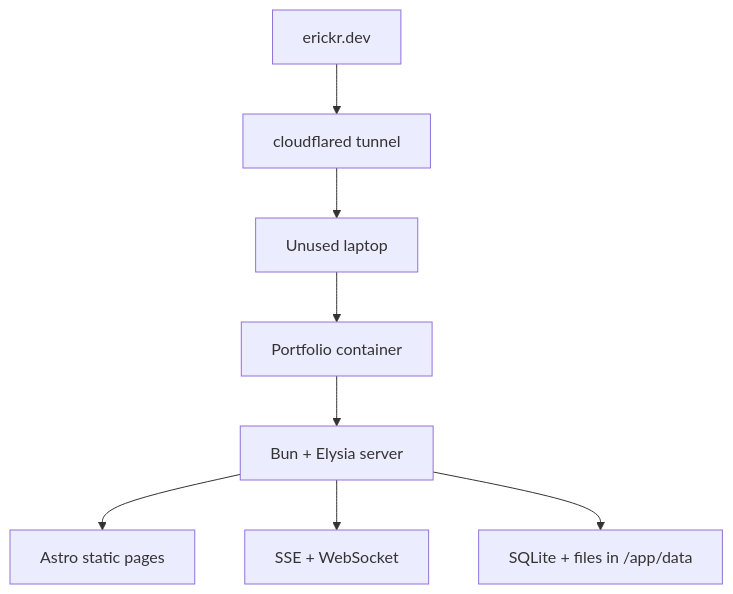
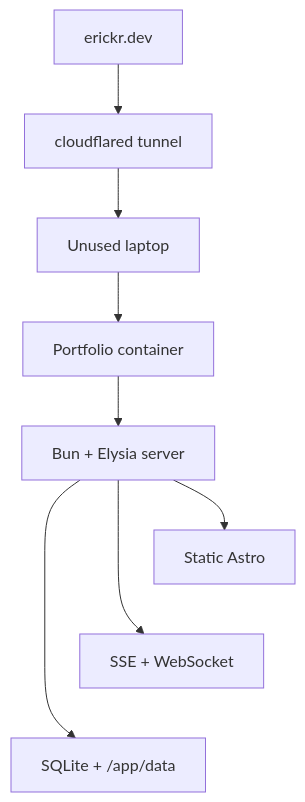
Before and after one commit to ErickCReis/ErickCReis: the first of 2 diagrams in web/content/blog/rewriting-my-portfolio-for-self-hosting.mdx, drawn with Mermaid. The commit also changed other lines of this file and 21 other files, not shown here.

First line of the commit message:
Improve Mermaid diagram readability across blog posts

````diff
--- a/web/content/blog/rewriting-my-portfolio-for-self-hosting.mdx
+++ b/web/content/blog/rewriting-my-portfolio-for-self-hosting.mdx
@@ -35,10 +35,11 @@
 ```mermaid
 flowchart TB
   Domain["erickr.dev"] --> Tunnel["cloudflared tunnel"]
   Tunnel --> Host["Unused laptop"]
   Host --> Container["Portfolio container"]
   Container --> Server["Bun + Elysia server"]
-  Server --> Static["Astro static pages"]
+  Server --> Static["Static Astro"]
   Server --> Live["SSE + WebSocket"]
-  Server --> Data["SQLite + files in /app/data"]
+  Server --> Data["SQLite + /app/data"]
+  Static ~~~ Live ~~~ Data
 ```
````
